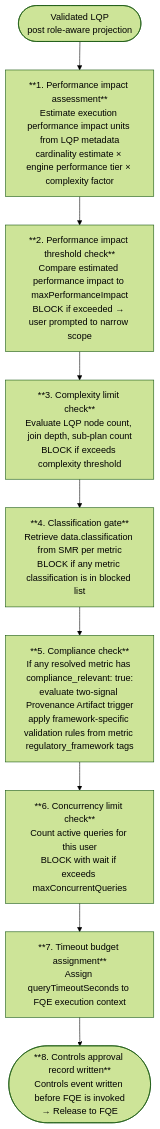
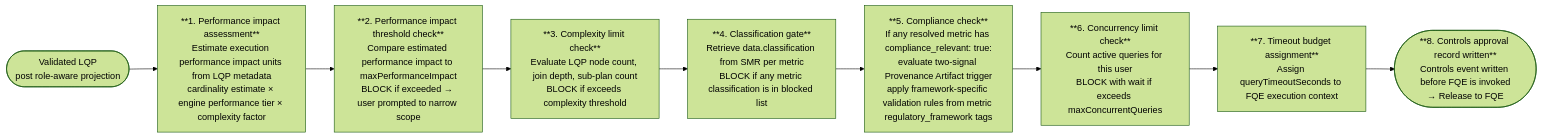
One commit to M-A-Operating-System/shared-work changed the fifth of 7 diagrams in docs/product/analytics/02-core-capabilities.md. Above: the diagram before and after it, drawn with Mermaid (forest theme). The commit also changed other lines of this file, not shown here.

First line of the commit message:
Sub-process flowcharts LR; card mockup embedded in document

````diff
--- a/docs/product/analytics/02-core-capabilities.md
+++ b/docs/product/analytics/02-core-capabilities.md
@@ -723,14 +725,14 @@
 ```mermaid
-flowchart TD
+flowchart LR
     START(["Validated LQP\npost role-aware projection"])
     S1["**1. Performance impact assessment**\nEstimate execution performance impact units from LQP metadata\ncardinality estimate × engine performance tier × complexity factor"]
     S2["**2. Performance impact threshold check**\nCompare estimated performance impact to maxPerformanceImpact\nBLOCK if exceeded → user prompted to narrow scope"]
     S3["**3. Complexity limit check**\nEvaluate LQP node count, join depth, sub-plan count\nBLOCK if exceeds complexity threshold"]
     S4["**4. Classification gate**\nRetrieve data.classification from SMR per metric\nBLOCK if any metric classification is in blocked list"]
     S5["**5. Compliance check**\nIf any resolved metric has compliance_relevant: true:\nevaluate two-signal Provenance Artifact trigger\napply framework-specific validation rules from metric regulatory_framework tags"]
     S6["**6. Concurrency limit check**\nCount active queries for this user\nBLOCK with wait if exceeds maxConcurrentQueries"]
     S7["**7. Timeout budget assignment**\nAssign queryTimeoutSeconds to FQE execution context"]
     S8(["**8. Controls approval record written**\nControls event written before FQE is invoked\n→ Release to FQE"])
 
     START --> S1 --> S2 --> S3 --> S4 --> S5 --> S6 --> S7 --> S8
 ```
````
